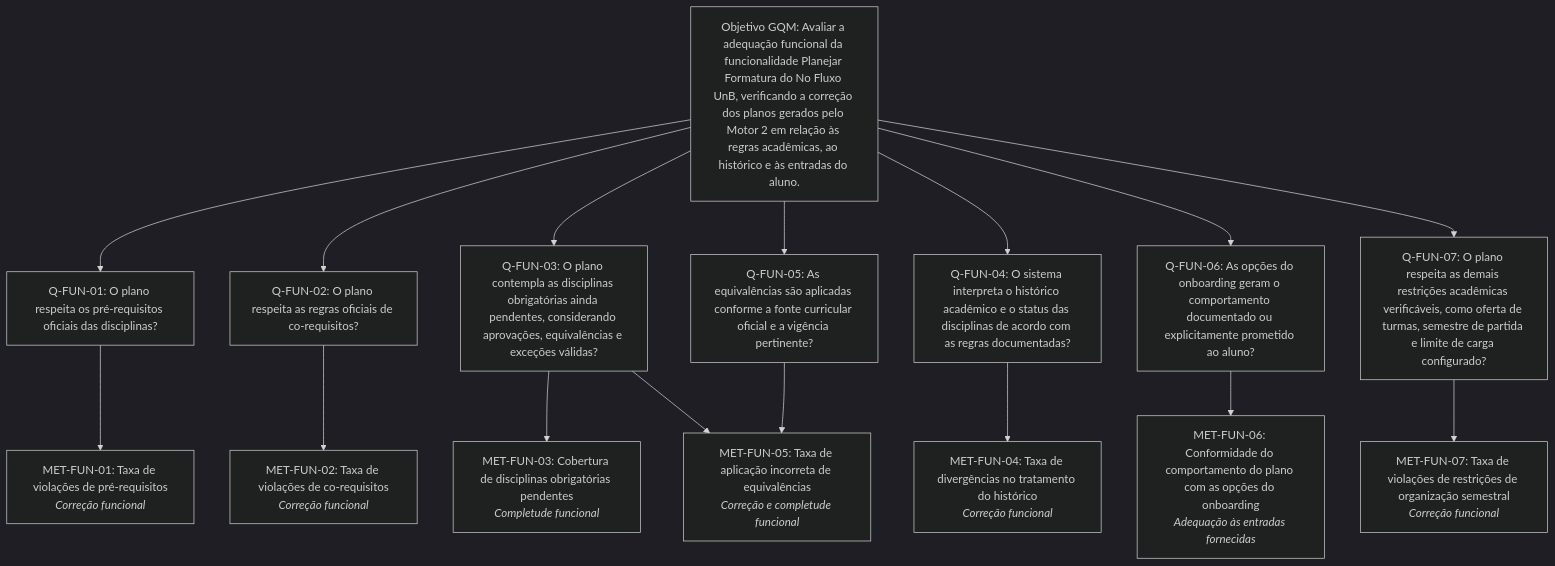
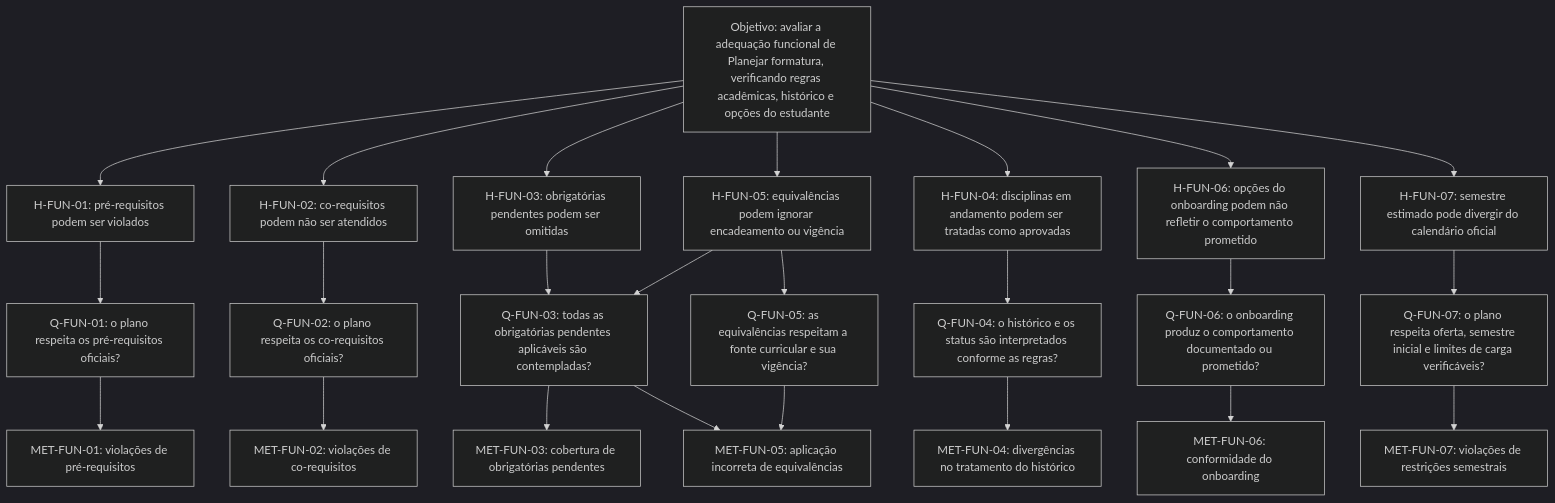
Before and after one commit to FCTE-Qualidade-de-Software-1/2026-2_T02_JEAN_SAMMET: the diagram in docs/fases/fase2/funcionais/GQM.md, drawn with Mermaid (dark theme). The commit also changed other lines of this file and 3 other files, not shown here.

````diff
--- a/docs/fases/fase2/funcionais/GQM.md
+++ b/docs/fases/fase2/funcionais/GQM.md
@@ -17,24 +19,30 @@
 ```mermaid
-graph TD
-    Goal["Objetivo GQM: Avaliar a adequação funcional da funcionalidade Planejar Formatura do No Fluxo UnB, verificando a correção dos planos gerados pelo Motor 2 em relação às regras acadêmicas, ao histórico e às entradas do aluno."]
+flowchart TD
+    OBJ["Objetivo: avaliar a adequação funcional de Planejar formatura, verificando regras acadêmicas, histórico e opções do estudante"]
 
-    Goal --> Q1["Q-FUN-01: O plano respeita os pré-requisitos oficiais das disciplinas?"]
-    Goal --> Q2["Q-FUN-02: O plano respeita as regras oficiais de co-requisitos?"]
-    Goal --> Q3["Q-FUN-03: O plano contempla as disciplinas obrigatórias ainda pendentes, considerando aprovações, equivalências e exceções válidas?"]
-    Goal --> Q4["Q-FUN-04: O sistema interpreta o histórico acadêmico e o status das disciplinas de acordo com as regras documentadas?"]
-    Goal --> Q5["Q-FUN-05: As equivalências são aplicadas conforme a fonte curricular oficial e a vigência pertinente?"]
-    Goal --> Q6["Q-FUN-06: As opções do onboarding geram o comportamento documentado ou explicitamente prometido ao aluno?"]
-    Goal --> Q7["Q-FUN-07: O plano respeita as demais restrições acadêmicas verificáveis, como oferta de turmas, semestre de partida e limite de carga configurado?"]
+    OBJ --> H01["H-FUN-01: pré-requisitos podem ser violados"]
+    OBJ --> H02["H-FUN-02: co-requisitos podem não ser atendidos"]
+    OBJ --> H03["H-FUN-03: obrigatórias pendentes podem ser omitidas"]
+    OBJ --> H04["H-FUN-04: disciplinas em andamento podem ser tratadas como aprovadas"]
+    OBJ --> H05["H-FUN-05: equivalências podem ignorar encadeamento ou vigência"]
+    OBJ --> H06["H-FUN-06: opções do onboarding podem não refletir o comportamento prometido"]
+    OBJ --> H07["H-FUN-07: semestre estimado pode divergir do calendário oficial"]
 
-    Q1 --> M1["MET-FUN-01: Taxa de violações de pré-requisitos<br/><i>Correção funcional</i>"]
-    Q2 --> M2["MET-FUN-02: Taxa de violações de co-requisitos<br/><i>Correção funcional</i>"]
+    H01 --> Q01["Q-FUN-01: o plano respeita os pré-requisitos oficiais?"]
+    H02 --> Q02["Q-FUN-02: o plano respeita os co-requisitos oficiais?"]
+    H03 --> Q03["Q-FUN-03: todas as obrigatórias pendentes aplicáveis são contempladas?"]
+    H04 --> Q04["Q-FUN-04: o histórico e os status são interpretados conforme as regras?"]
+    H05 --> Q03
+    H05 --> Q05["Q-FUN-05: as equivalências respeitam a fonte curricular e sua vigência?"]
+    H06 --> Q06["Q-FUN-06: o onboarding produz o comportamento documentado ou prometido?"]
+    H07 --> Q07["Q-FUN-07: o plano respeita oferta, semestre inicial e limites de carga verificáveis?"]
 
-    Q3 --> M3["MET-FUN-03: Cobertura de disciplinas obrigatórias pendentes<br/><i>Completude funcional</i>"]
-    Q3 --> M5["MET-FUN-05: Taxa de aplicação incorreta de equivalências<br/><i>Correção e completude funcional</i>"]
-
-    Q4 --> M4["MET-FUN-04: Taxa de divergências no tratamento do histórico<br/><i>Correção funcional</i>"]
-    Q5 --> M5
-
-    Q6 --> M6["MET-FUN-06: Conformidade do comportamento do plano com as opções do onboarding<br/><i>Adequação às entradas fornecidas</i>"]
-    Q7 --> M7["MET-FUN-07: Taxa de violações de restrições de organização semestral<br/><i>Correção funcional</i>"]
+    Q01 --> M01["MET-FUN-01: violações de pré-requisitos"]
+    Q02 --> M02["MET-FUN-02: violações de co-requisitos"]
+    Q03 --> M03["MET-FUN-03: cobertura de obrigatórias pendentes"]
+    Q03 --> M05["MET-FUN-05: aplicação incorreta de equivalências"]
+    Q04 --> M04["MET-FUN-04: divergências no tratamento do histórico"]
+    Q05 --> M05
+    Q06 --> M06["MET-FUN-06: conformidade do onboarding"]
+    Q07 --> M07["MET-FUN-07: violações de restrições semestrais"]
 ```
````
